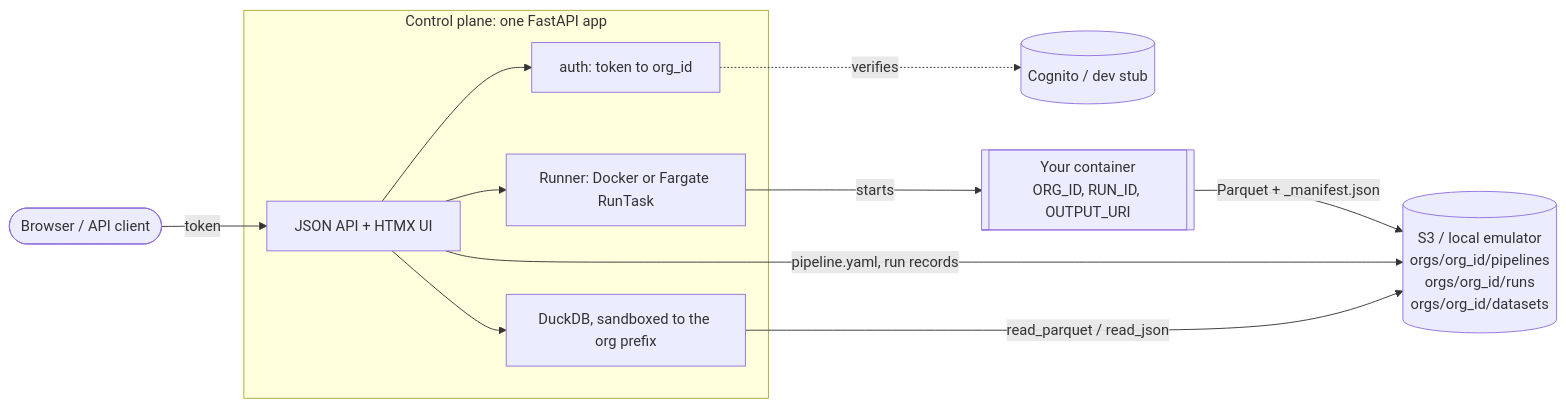
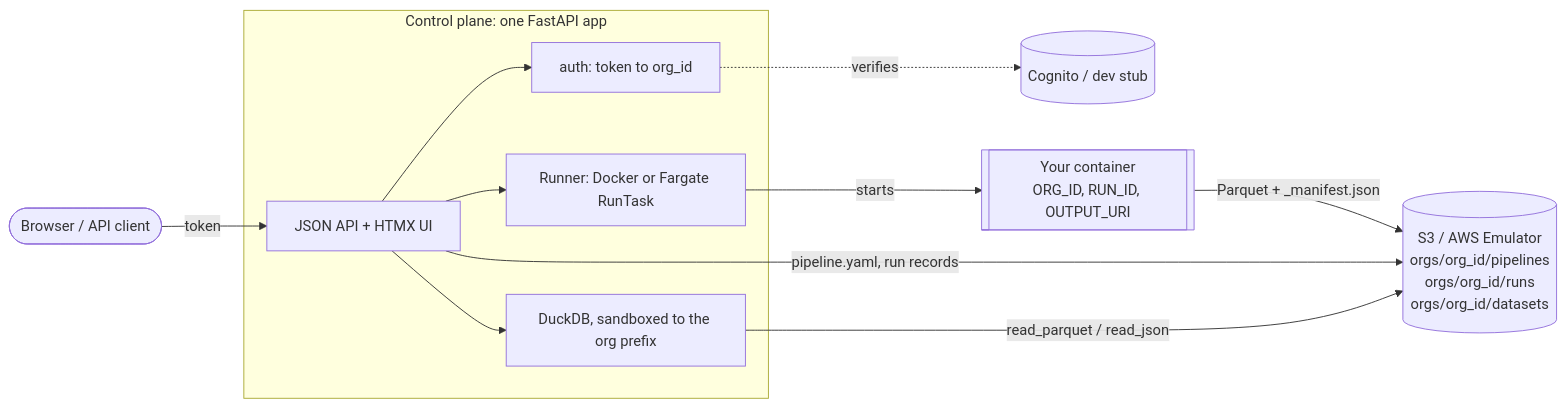
The diagram in README.md (hungovercoders/pipeyard), drawn with Mermaid before and after one commit. The commit also changed other lines of this file and 11 other files, not shown here.

First line of the commit message:
refactor: use the official AWS Emulator for local S3

````diff
--- a/README.md
+++ b/README.md
@@ -13,20 +13,20 @@
 ```mermaid
 flowchart LR
     user([Browser / API client])
     subgraph cp[Control plane: one FastAPI app]
         api[JSON API + HTMX UI]
         auth[auth: token to org_id]
         query[DuckDB, sandboxed to the org prefix]
         runner[Runner: Docker or Fargate RunTask]
     end
     idp[(Cognito / dev stub)]
     task[[Your container<br/>ORG_ID, RUN_ID, OUTPUT_URI]]
-    s3[(S3 / local emulator<br/>orgs/org_id/pipelines<br/>orgs/org_id/runs<br/>orgs/org_id/datasets)]
+    s3[(S3 / AWS Emulator<br/>orgs/org_id/pipelines<br/>orgs/org_id/runs<br/>orgs/org_id/datasets)]
 
     user -- token --> api
     api --> auth -. verifies .-> idp
     api --> runner -- starts --> task
     task -- "Parquet + _manifest.json" --> s3
     api -- "pipeline.yaml, run records" --> s3
     api --> query -- "read_parquet / read_json" --> s3
 ```
````
